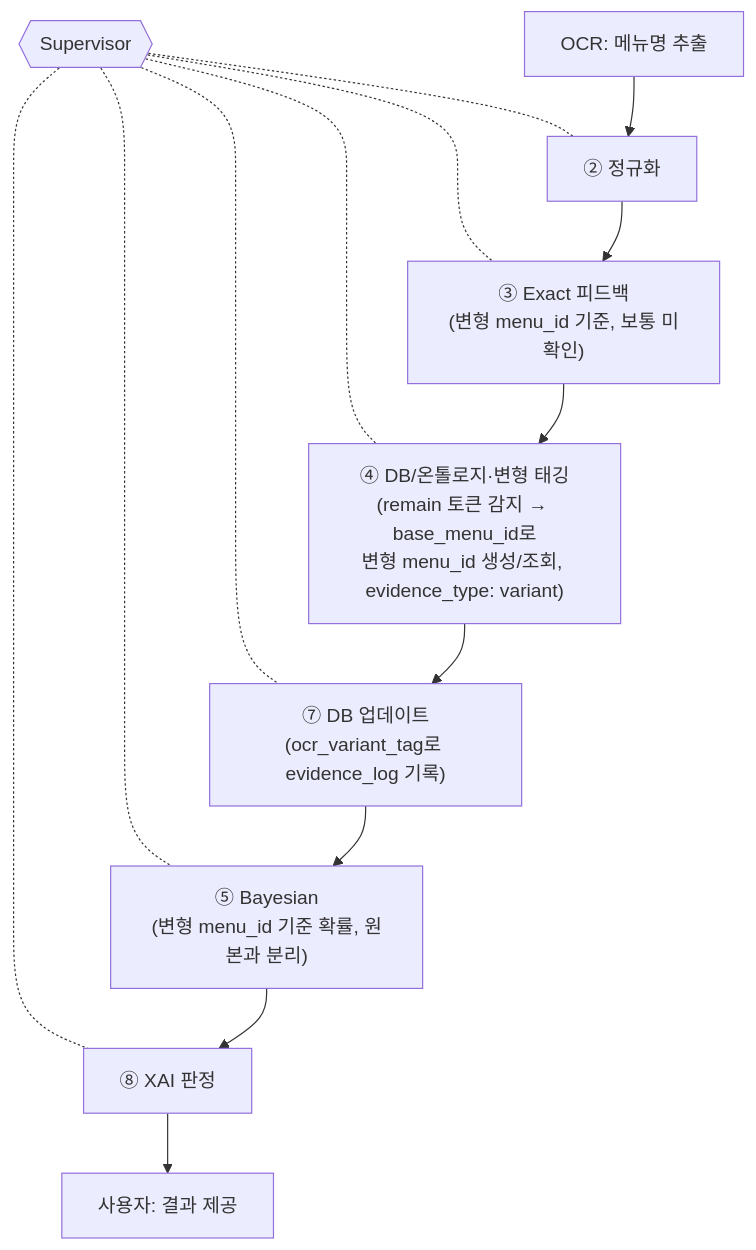
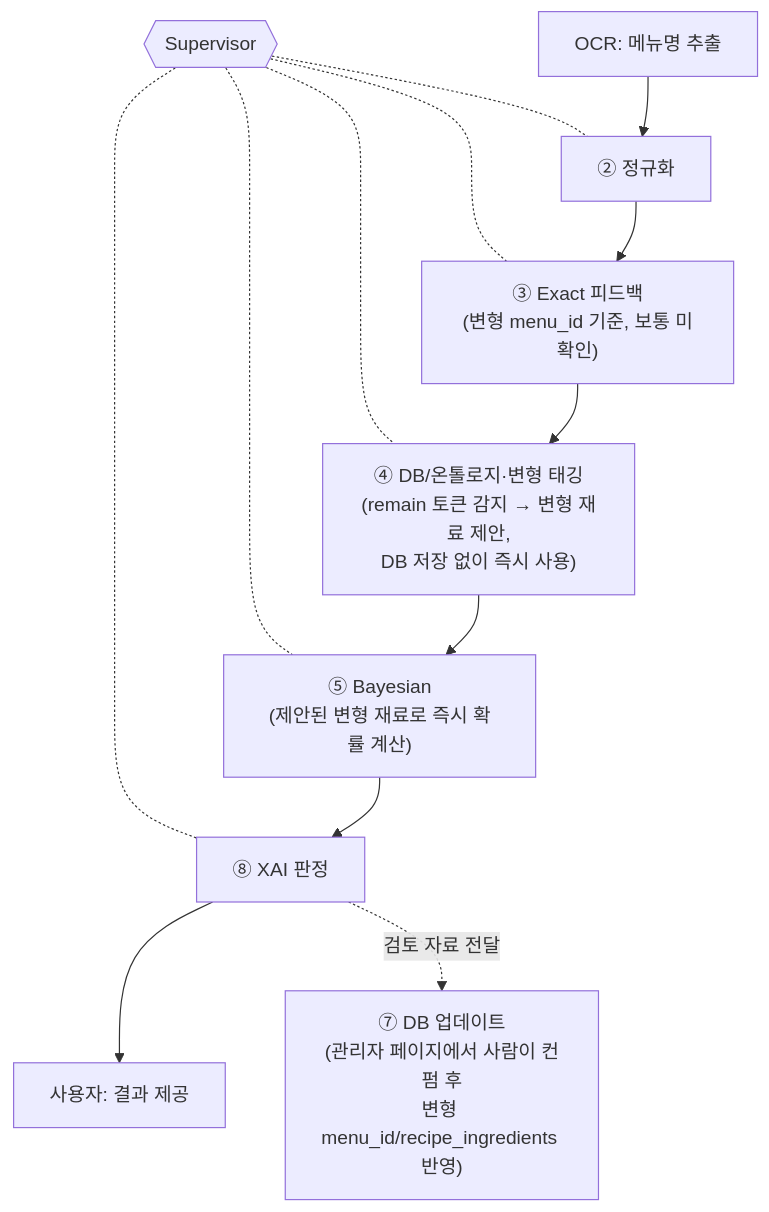
The fourth of 6 diagrams in docs/catoin-multi-agent-architecture.md (Han-Spoon/ai), drawn with Mermaid before and after one commit. The commit also changed other lines of this file, not shown here.

First line of the commit message:
docs: 웹서치/변형 태깅 DB 반영을 관리자 컨펌 흐름으로 통일

````diff
--- a/docs/catoin-multi-agent-architecture.md
+++ b/docs/catoin-multi-agent-architecture.md
@@ -84,18 +86,17 @@
 ```mermaid
 flowchart TB
     SUP{{Supervisor}}
     SUP -.- B
     SUP -.- C
     SUP -.- D
-    SUP -.- U
     SUP -.- E
     SUP -.- F
 
     A[OCR: 메뉴명 추출] --> B[② 정규화]
     B --> C["③ Exact 피드백\n(변형 menu_id 기준, 보통 미확인)"]
-    C --> D["④ DB/온톨로지·변형 태깅\n(remain 토큰 감지 → base_menu_id로\n변형 menu_id 생성/조회, evidence_type: variant)"]
-    D --> U["⑦ DB 업데이트\n(ocr_variant_tag로 evidence_log 기록)"]
-    U --> E["⑤ Bayesian\n(변형 menu_id 기준 확률, 원본과 분리)"]
+    C --> D["④ DB/온톨로지·변형 태깅\n(remain 토큰 감지 → 변형 재료 제안,\nDB 저장 없이 즉시 사용)"]
+    D --> E["⑤ Bayesian\n(제안된 변형 재료로 즉시 확률 계산)"]
     E --> F[⑧ XAI 판정]
     F --> G[사용자: 결과 제공]
+    F -.검토 자료 전달.-> ADMIN["⑦ DB 업데이트\n(관리자 페이지에서 사람이 컨펌 후\n변형 menu_id/recipe_ingredients 반영)"]
 ```
````
